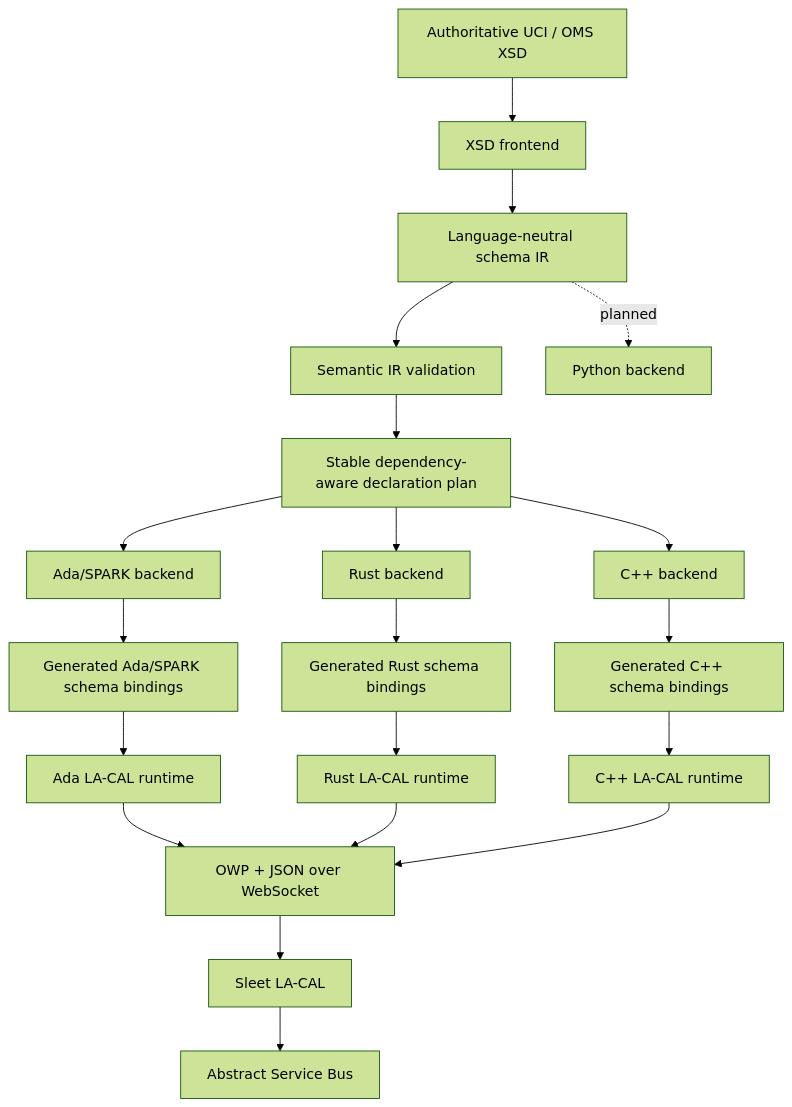
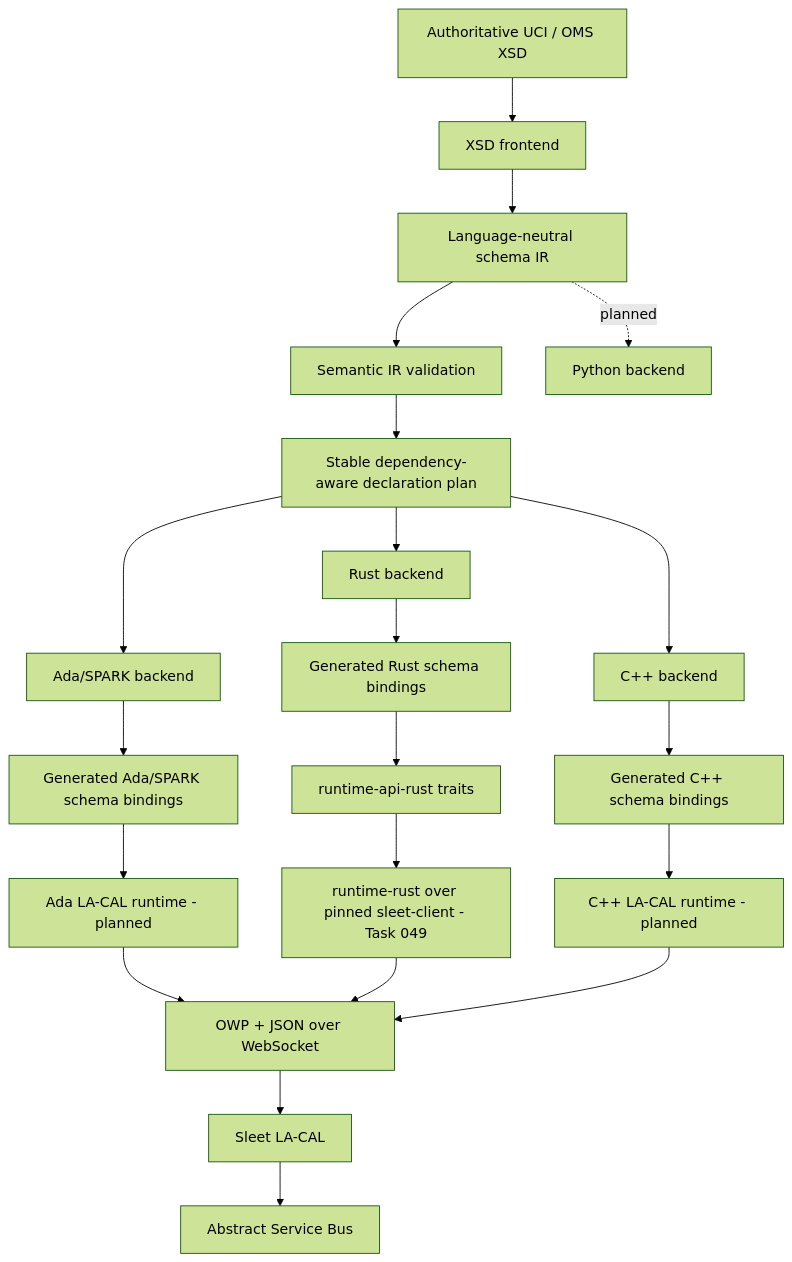
One commit to zackboll/ams-gra-codegen-oms changed the diagram in docs/architecture.md. Above: the diagram before and after it, drawn with Mermaid (forest theme). The commit also changed other lines of this file and 35 other files, not shown here.

First line of the commit message:
Add Rust LA-CAL runtime adapter

````diff
--- a/docs/architecture.md
+++ b/docs/architecture.md
@@ -53,25 +53,26 @@
 ```mermaid
 flowchart TD
     XSD[Authoritative UCI / OMS XSD] --> FE[XSD frontend]
     FE --> IR[Language-neutral schema IR]
     IR --> VALIDATE[Semantic IR validation]
     VALIDATE --> PLAN[Stable dependency-aware declaration plan]
     PLAN --> ADA[Ada/SPARK backend]
     PLAN --> RUST[Rust backend]
     PLAN --> CPP[C++ backend]
     IR -. planned .-> PY[Python backend]
 
     ADA --> AG[Generated Ada/SPARK schema bindings]
     RUST --> RG[Generated Rust schema bindings]
     CPP --> CG[Generated C++ schema bindings]
 
-    AG --> AR[Ada LA-CAL runtime]
-    RG --> RR[Rust LA-CAL runtime]
-    CG --> CR[C++ LA-CAL runtime]
+    AG --> AR[Ada LA-CAL runtime - planned]
+    RG --> RAPI[runtime-api-rust traits]
+    RAPI --> RR[runtime-rust over pinned sleet-client - Task 049]
+    CG --> CR[C++ LA-CAL runtime - planned]
 
     AR --> OWP[OWP + JSON over WebSocket]
     RR --> OWP
     CR --> OWP
     OWP --> SLEET[Sleet LA-CAL]
     SLEET --> ASB[Abstract Service Bus]
 ```
````
